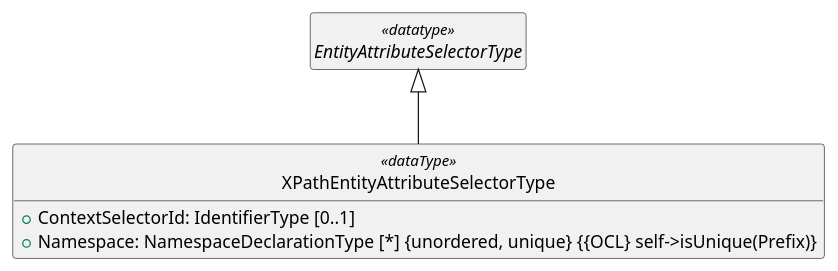
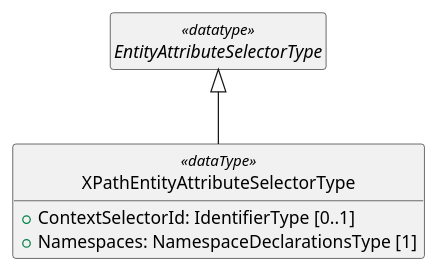
Before and after one commit to oasis-tcs/xacml-spec: the fifth of 6 diagrams in acal-xpath-v1.0.md, drawn with PlantUML. The commit also changed other lines of this file and 13 other files, not shown here.

````diff
--- a/acal-xpath-v1.0.md
+++ b/acal-xpath-v1.0.md
@@ -557,11 +568,11 @@
 ```plantuml
 @startuml
 hide empty members 
 hide circle
 abstract class EntityAttributeSelectorType <<datatype>>
 class XPathEntityAttributeSelectorType <<dataType>> extends EntityAttributeSelectorType {
    + ContextSelectorId: IdentifierType [0..1]
-   {field} + Namespace: NamespaceDeclarationType [*] {unordered, unique} {{OCL} self->isUnique(Prefix)}
+   + Namespaces: NamespaceDeclarationsType [1]
 }
 @enduml
 ```
````
